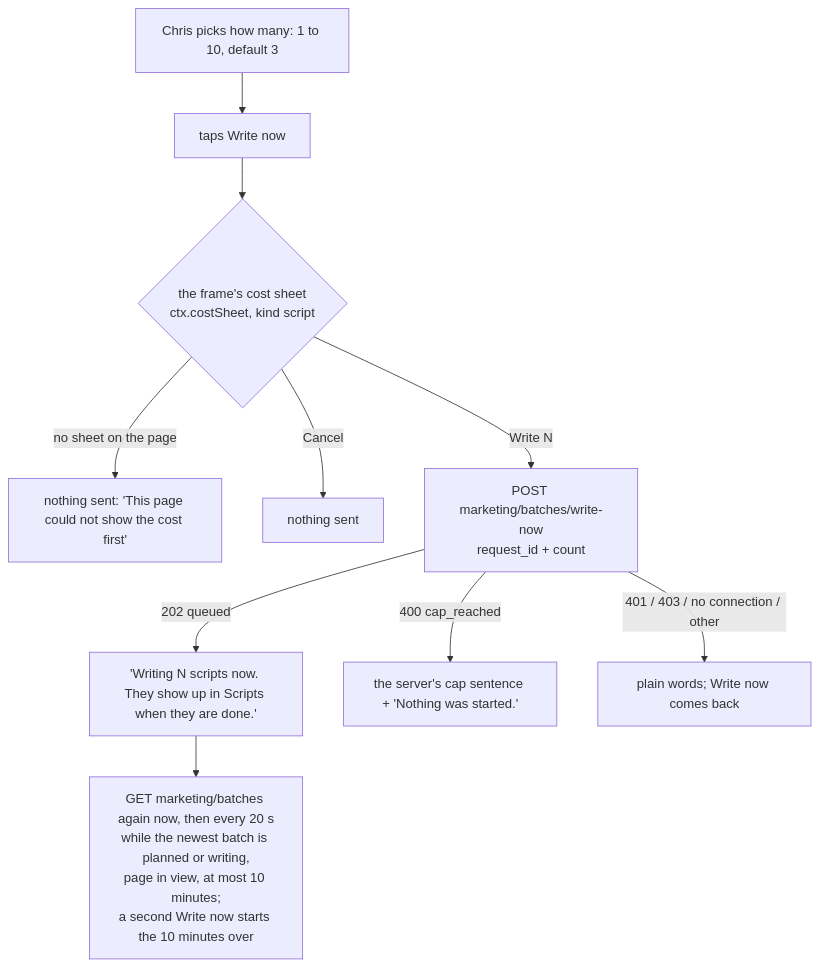
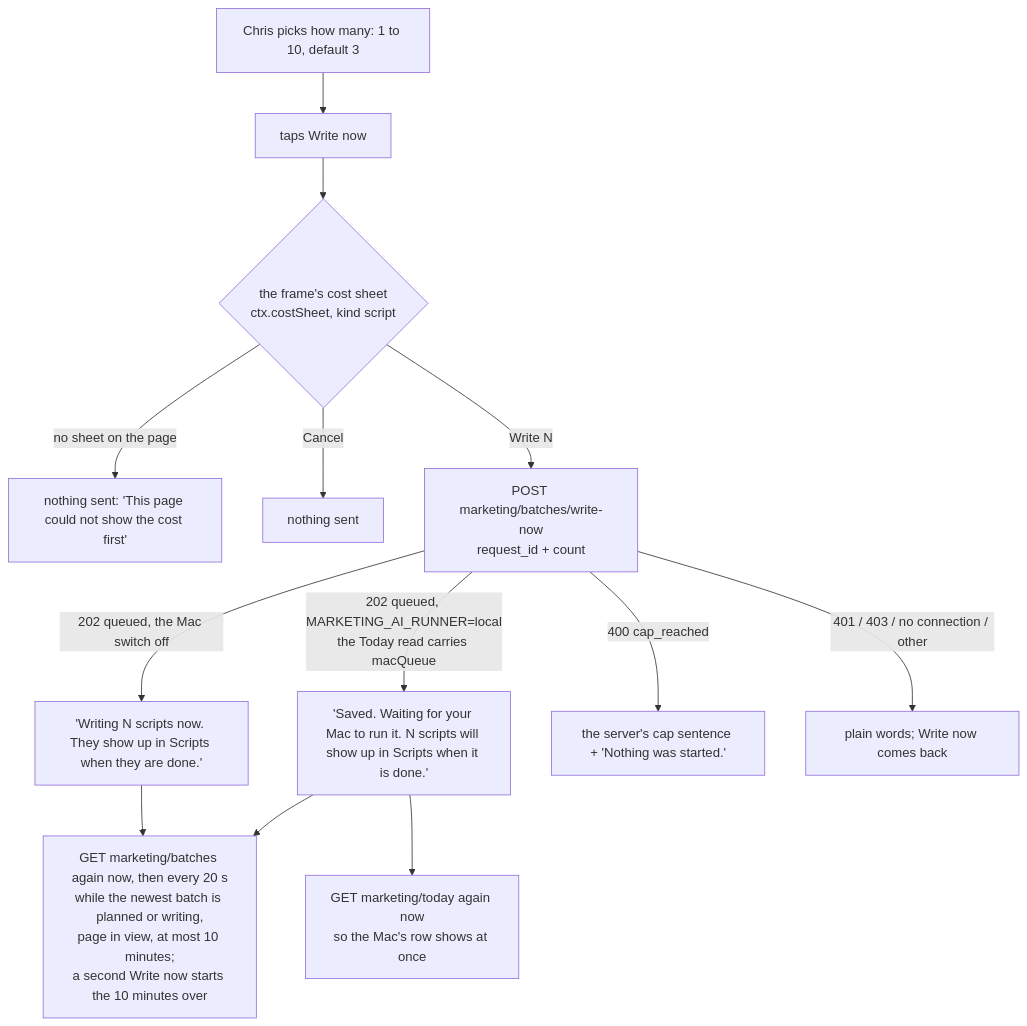
Diagram 46 of 50 in docs/journeys/marketing-dashboard-flow.md (ZootimusMaximusSupreme/fundhub-platform), drawn with Mermaid before and after one commit. The commit also changed other lines of this file and 6 other files, not shown here.

First line of the commit message:
Today: with the Mac switch on, Write now and Retry say they wait for the Mac and read Today again at once (M3 repair round 2)

````diff
--- a/docs/journeys/marketing-dashboard-flow.md
+++ b/docs/journeys/marketing-dashboard-flow.md
@@ -1839,12 +1839,15 @@
 ```mermaid
 flowchart TD
   A[Chris picks how many: 1 to 10, default 3] --> B[taps Write now]
   B --> S{the frame's cost sheet<br/>ctx.costSheet, kind script}
   S -->|no sheet on the page| X[nothing sent: 'This page could not show the cost first']
   S -->|Cancel| X2[nothing sent]
   S -->|Write N| P[POST marketing/batches/write-now<br/>request_id + count]
-  P -->|202 queued| W["'Writing N scripts now. They show up in Scripts when they are done.'"]
+  P -->|202 queued, the Mac switch off| W["'Writing N scripts now. They show up in Scripts when they are done.'"]
+  P -->|202 queued, MARKETING_AI_RUNNER=local<br/>the Today read carries macQueue| WM["'Saved. Waiting for your Mac to run it. N scripts will show up in Scripts when it is done.'"]
+  WM --> TR[GET marketing/today again now<br/>so the Mac's row shows at once]
   W --> R[GET marketing/batches again now, then every 20 s<br/>while the newest batch is planned or writing,<br/>page in view, at most 10 minutes;<br/>a second Write now starts the 10 minutes over]
+  WM --> R
   P -->|400 cap_reached| CR[the server's cap sentence + 'Nothing was started.']
   P -->|401 / 403 / no connection / other| E[plain words; Write now comes back]
 ```
````
